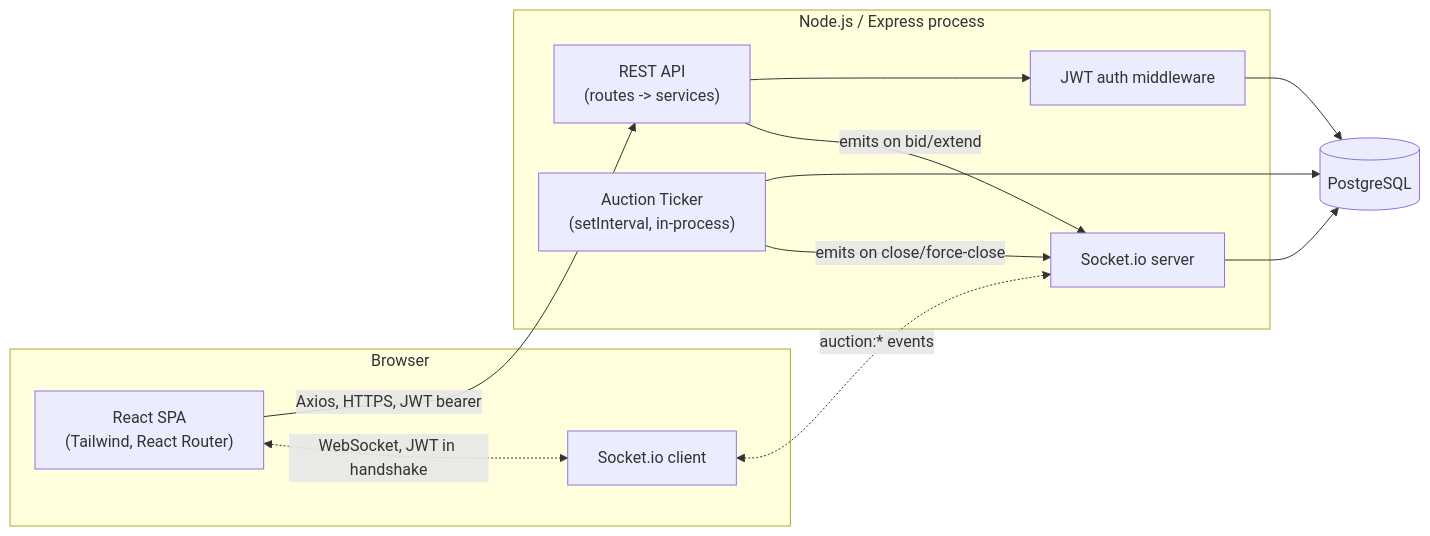
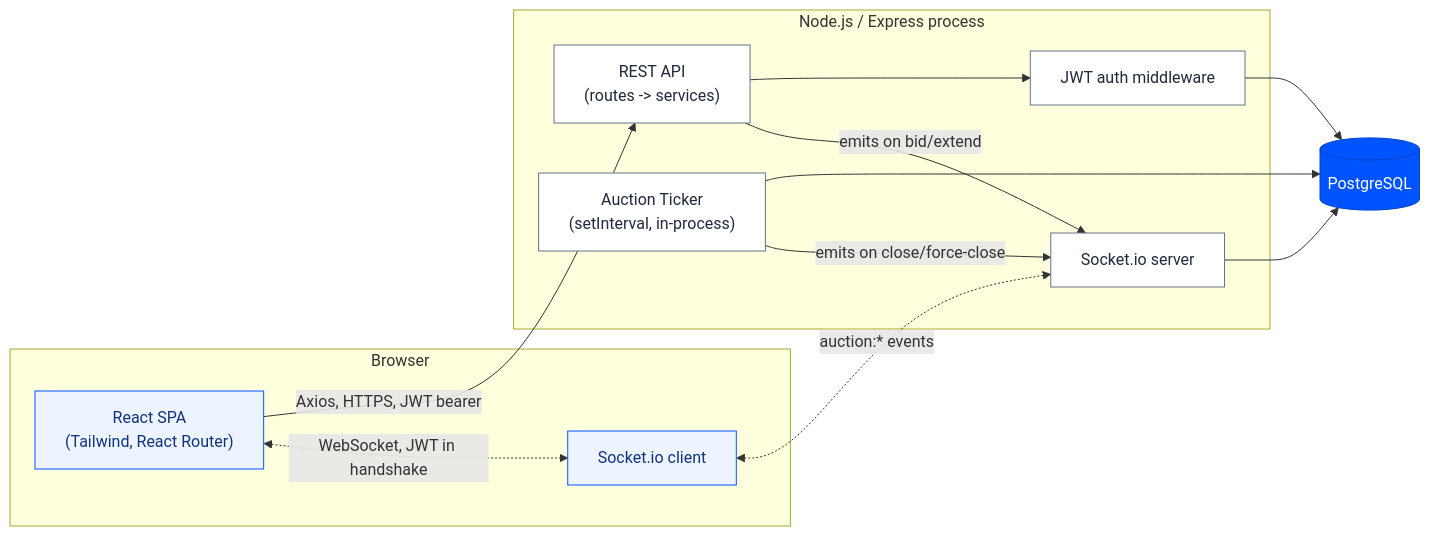
One commit to Harsh-Pachauri/BidFlow changed the first of 3 diagrams in docs/HLD.md. Above: the diagram before and after it, drawn with Mermaid. The commit also changed other lines of this file and 12 other files, not shown here.

````diff
--- a/docs/HLD.md
+++ b/docs/HLD.md
@@ -21,26 +21,33 @@
 ```mermaid
 flowchart LR
     subgraph Client["Browser"]
         UI["React SPA<br/>(Tailwind, React Router)"]
         SocketClient["Socket.io client"]
     end
 
     subgraph Server["Node.js / Express process"]
         REST["REST API<br/>(routes -> services)"]
         SocketServer["Socket.io server"]
         Ticker["Auction Ticker<br/>(setInterval, in-process)"]
         Auth["JWT auth middleware"]
     end
 
     DB[(PostgreSQL)]
 
     UI -- "Axios, HTTPS, JWT bearer" --> REST
     UI <-. "WebSocket, JWT in handshake" .-> SocketClient
     SocketClient <-. "auction:* events" .-> SocketServer
     REST --> Auth
     Auth --> DB
     SocketServer --> DB
     Ticker --> DB
     Ticker -- "emits on close/force-close" --> SocketServer
     REST -- "emits on bid/extend" --> SocketServer
+
+    classDef client fill:#eef4ff,stroke:#0054ff,stroke-width:1px,color:#0f337d
+    classDef server fill:#ffffff,stroke:#64748b,stroke-width:1px,color:#1e293b
+    classDef db fill:#0054ff,stroke:#0041cc,stroke-width:1px,color:#ffffff
+    class UI,SocketClient client
+    class REST,SocketServer,Ticker,Auth server
+    class DB db
 ```
````
